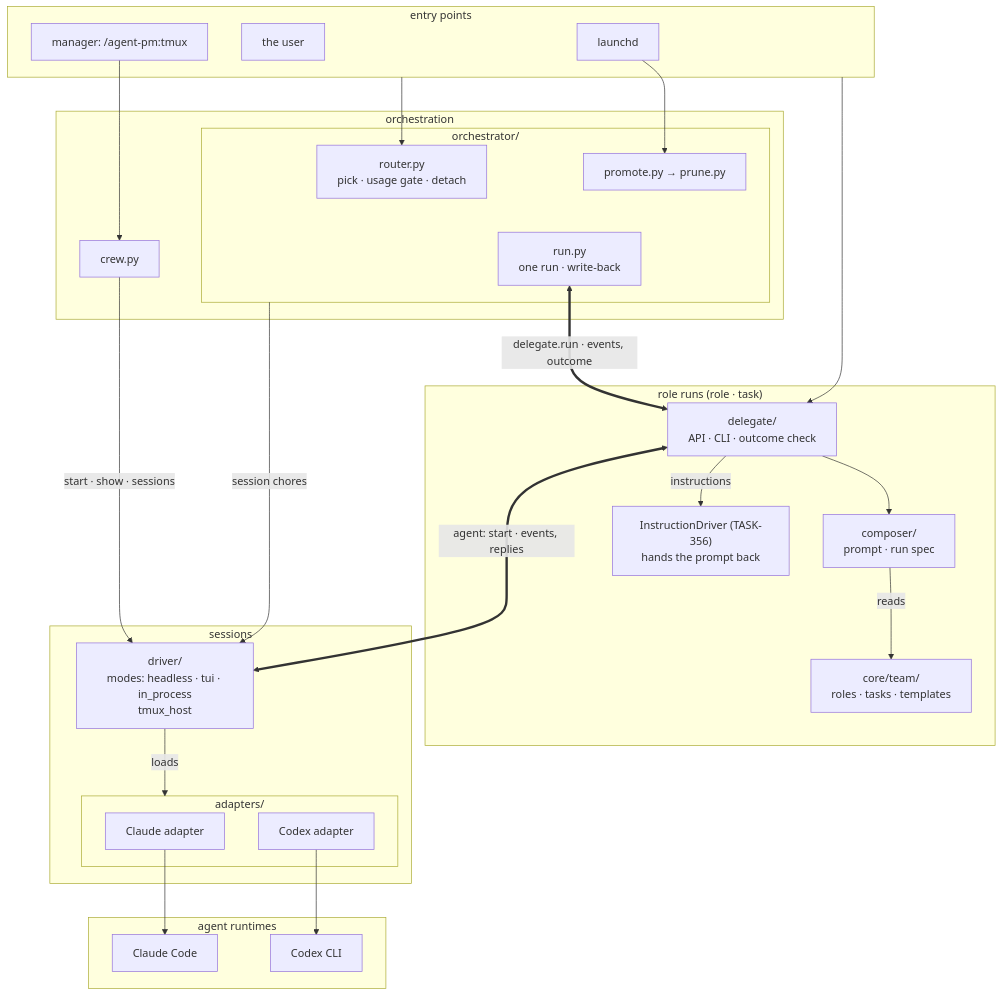
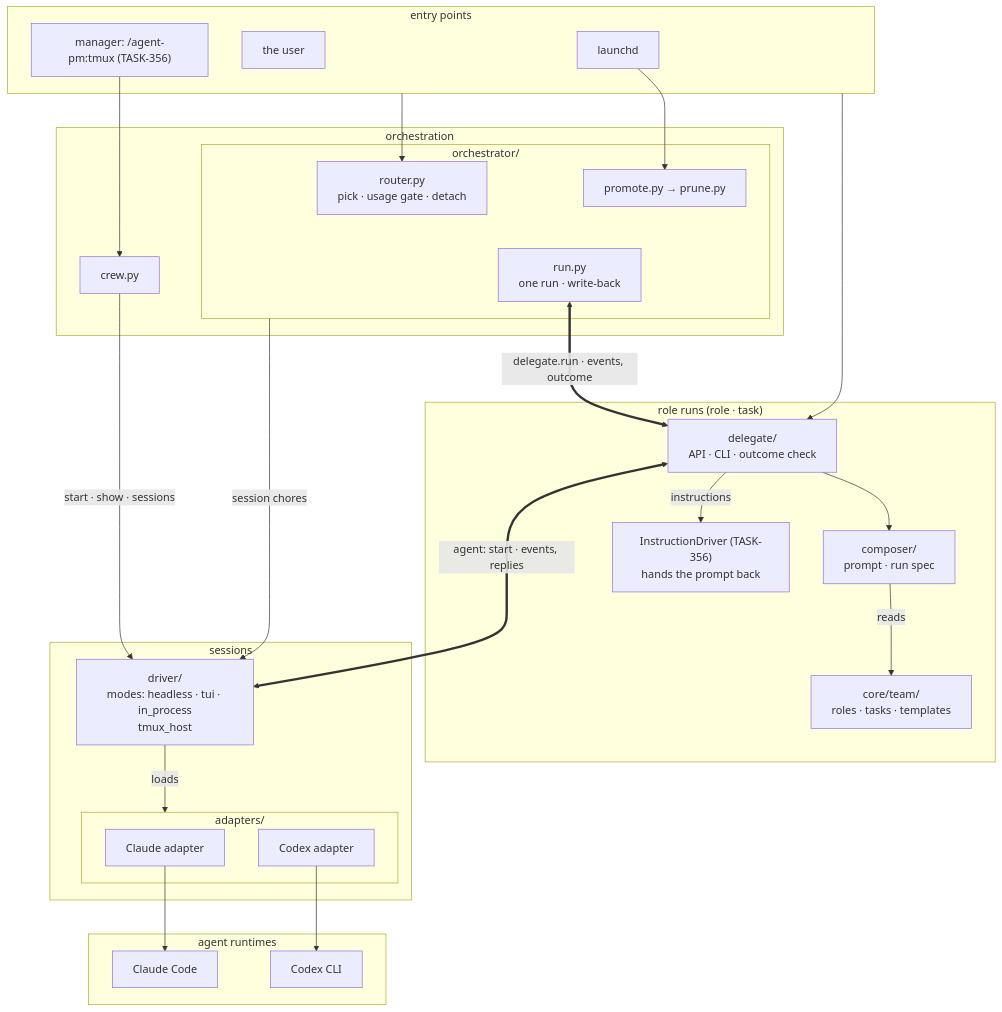
Before and after one commit to ophis/agent-pm: the second of 4 diagrams in README.md, drawn with Mermaid. The commit also changed other lines of this file and 2 other files, not shown here.

Commit message:
TASK-357: root CLAUDE.md and README.md point to new/README.md

````diff
--- a/README.md
+++ b/README.md
@@ -20,49 +18,49 @@
 ```mermaid
 flowchart TB
   subgraph EN[entry points]
     LD[launchd]
     HU[the user]
-    M["manager: /agent-pm:tmux"]
+    M["manager: /agent-pm:tmux (TASK-356)"]
   end
   subgraph L1[orchestration]
     subgraph OR[orchestrator/]
       R["router.py<br>pick · usage gate · detach"]
       RU["run.py<br>one run · write-back"]
       PP["promote.py → prune.py"]
     end
     W[crew.py]
   end
   subgraph L2["role runs (role · task)"]
     D["delegate/<br>API · CLI · outcome check"]
     C["composer/<br>prompt · run spec"]
     ID["InstructionDriver (TASK-356)<br>hands the prompt back"]
     T["core/team/<br>roles · tasks · templates"]
   end
   subgraph L3[sessions]
     DR["driver/<br>modes: headless · tui · in_process<br>tmux_host"]
     subgraph AD[adapters/]
       CL[Claude adapter]
       CX[Codex adapter]
     end
   end
   subgraph RT[agent runtimes]
     P1[Claude Code]
     P2[Codex CLI]
   end
   EN --> R
   EN --> D
   LD --> PP
   M --> W
   W -->|"start · show · sessions"| DR
   RU <==>|"delegate.run · events, outcome"| D
   OR -->|"session chores"| DR
   D --> C
   C -->|reads| T
   D -->|instructions| ID
   D <==>|"agent: start · events, replies"| DR
   DR -->|loads| AD
   CL --> P1
   CX --> P2
   R ~~~ RU
   C ~~~ DR
 ```
````
